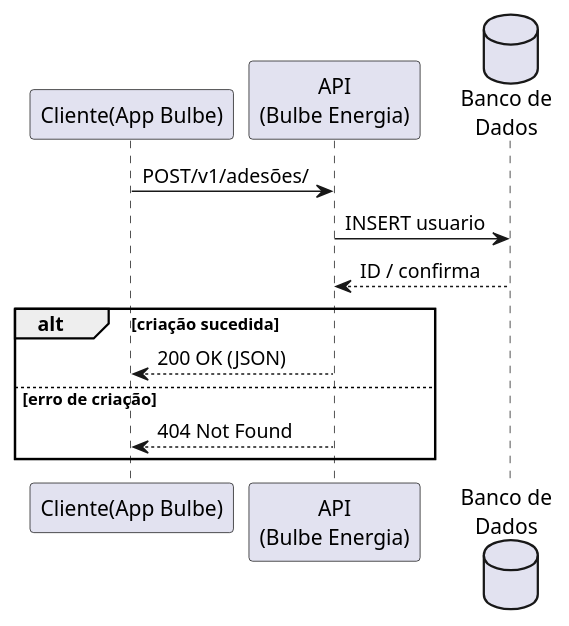
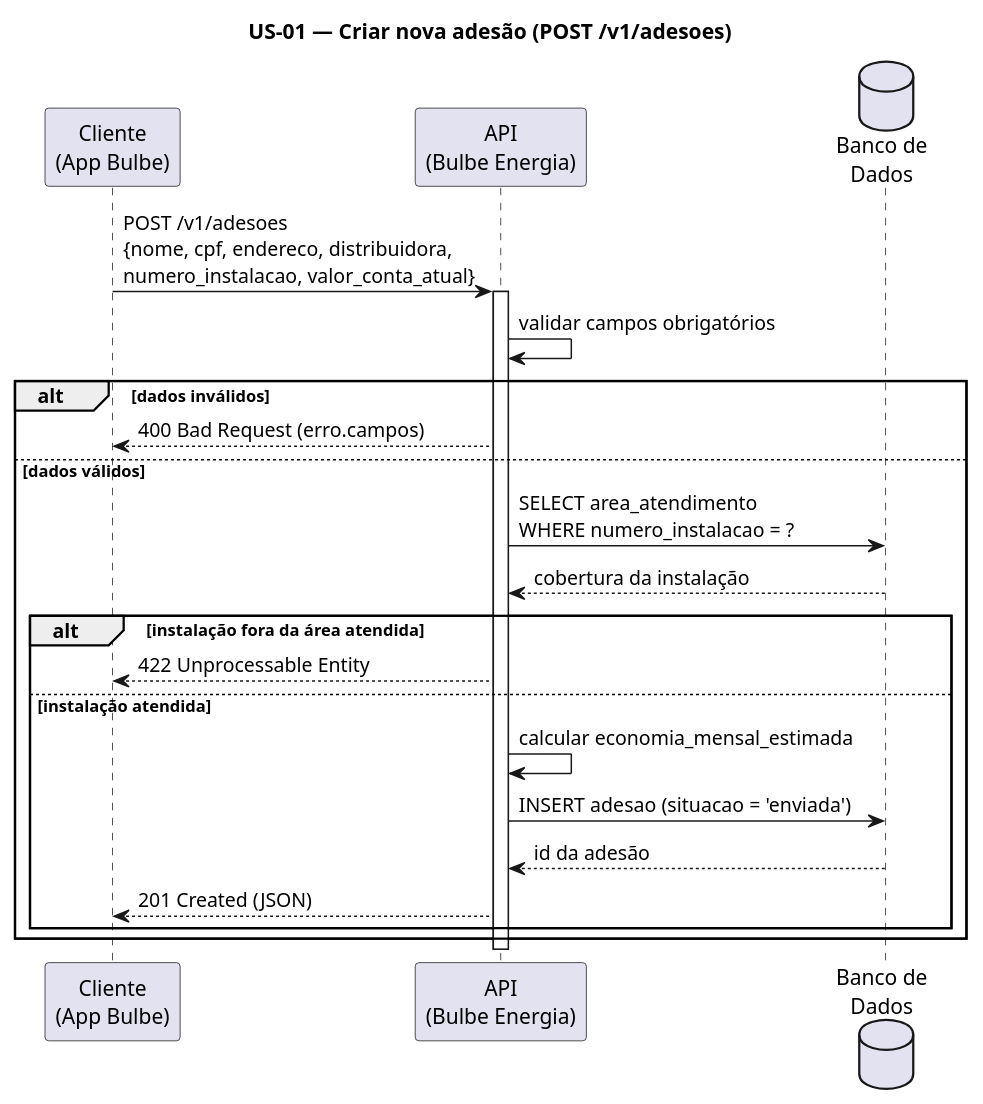
Before and after one commit to DrawingWithP/bulbe-cleanergy-backend: the diagram in docs/Diagramas/Sequência/US-01.puml, drawn with PlantUML. The commit also changed 39 other files, not shown here.

Commit message:
feat: adiciona os diagramas de sequencia e atividade das user stories de 02 até 20

```diff
--- a/docs/Diagramas/Sequência/US-01.puml
+++ b/docs/Diagramas/Sequência/US-01.puml
@@ -1,15 +1,29 @@
 @startuml
-participant "Cliente(App Bulbe)" as client
+title US-01 — Criar nova adesão (POST /v1/adesoes)
+
+participant "Cliente\n(App Bulbe)" as Cliente
 participant "API\n(Bulbe Energia)" as API
 database "Banco de\nDados" as DB
 
-client -> API : POST/v1/adesões/
-API -> DB : INSERT usuario
-DB  --> API : ID / confirma
+Cliente -> API : POST /v1/adesoes\n{nome, cpf, endereco, distribuidora,\nnumero_instalacao, valor_conta_atual}
+activate API
 
-alt criação sucedida
-  API --> client : 200 OK (JSON)
-else erro de criação
-  API --> client : 404 Not Found
+API -> API : validar campos obrigatórios
+
+alt dados inválidos
+  API --> Cliente : 400 Bad Request (erro.campos)
+else dados válidos
+  API -> DB : SELECT area_atendimento\nWHERE numero_instalacao = ?
+  DB --> API : cobertura da instalação
+
+  alt instalação fora da área atendida
+    API --> Cliente : 422 Unprocessable Entity
+  else instalação atendida
+    API -> API : calcular economia_mensal_estimada
+    API -> DB : INSERT adesao (situacao = 'enviada')
+    DB --> API : id da adesão
+    API --> Cliente : 201 Created (JSON)
+  end
 end
+deactivate API
 @enduml
```
